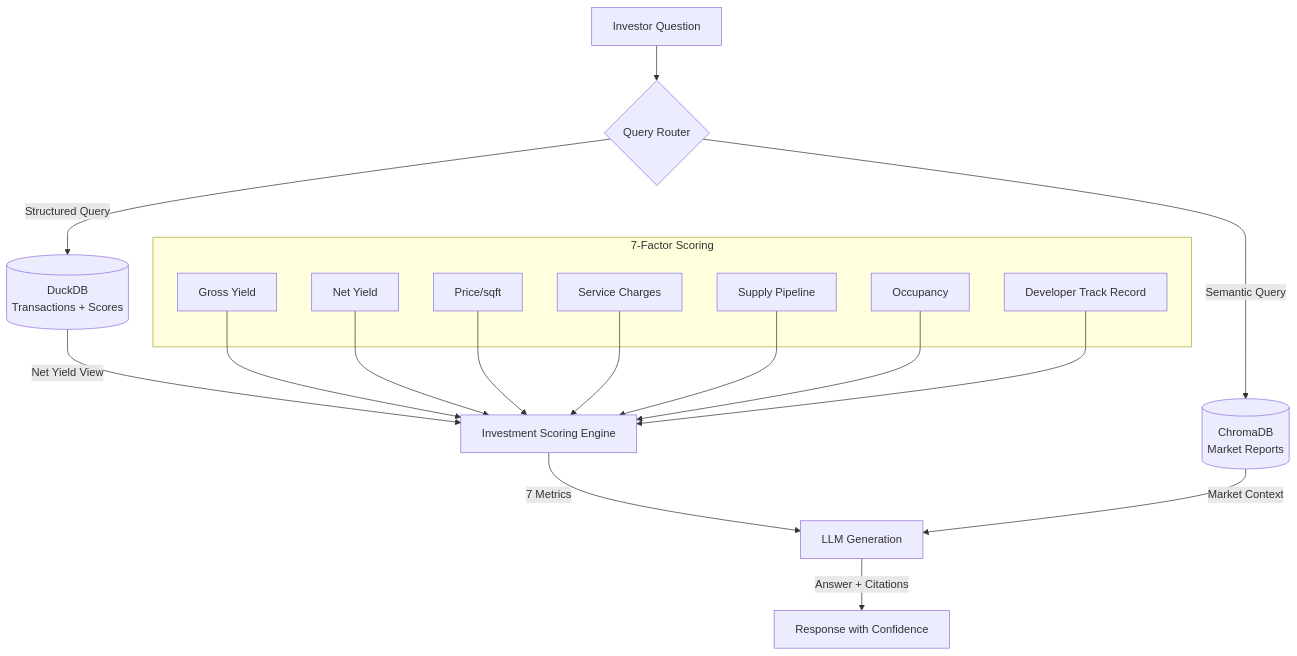
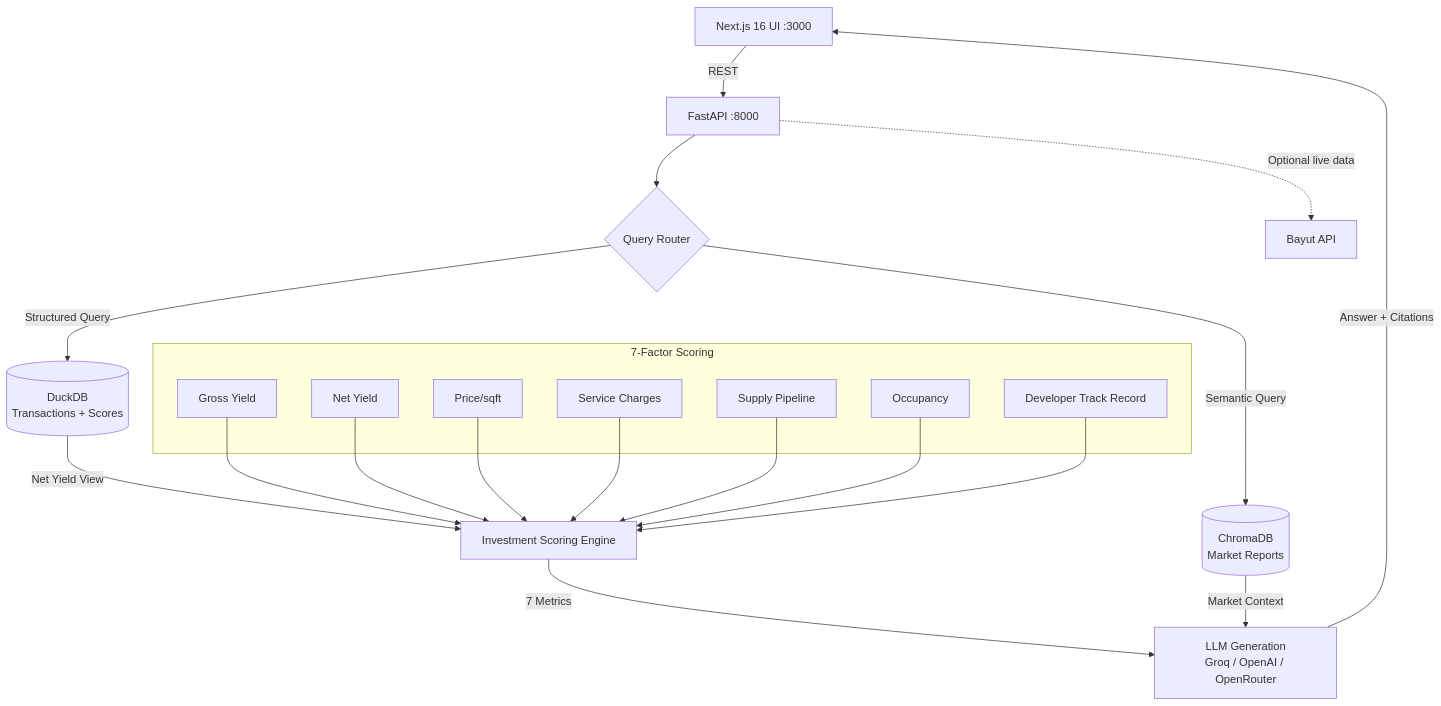
One commit to ahmedbasolan/dubai-property-bot changed the diagram in README.md. Above: the diagram before and after it, drawn with Mermaid. The commit also changed other lines of this file and 43 other files, not shown here.

````diff
--- a/README.md
+++ b/README.md
@@ -7,31 +9,33 @@
 ```mermaid
 graph TB
-    User[Investor Question] --> Router{Query Router}
-    
+    UI[Next.js 16 UI :3000] -->|REST| API[FastAPI :8000]
+    API --> Router{Query Router}
+
     Router -->|Structured Query| DuckDB[(DuckDB<br/>Transactions + Scores)]
     Router -->|Semantic Query| ChromaDB[(ChromaDB<br/>Market Reports)]
-    
+    API -.->|Optional live data| Bayut[Bayut API]
+
     DuckDB --> |Net Yield View| Scores[Investment Scoring Engine]
-    Scores --> |7 Metrics| LLM[LLM Generation]
+    Scores --> |7 Metrics| LLM[LLM Generation<br/>Groq / OpenAI / OpenRouter]
     ChromaDB --> |Market Context| LLM
-    
-    LLM --> |Answer + Citations| Response[Response with Confidence]
-    
+
+    LLM --> |Answer + Citations| UI
+
     subgraph "7-Factor Scoring"
         S1[Gross Yield]
         S2[Net Yield]
         S3[Price/sqft]
         S4[Service Charges]
         S5[Supply Pipeline]
         S6[Occupancy]
         S7[Developer Track Record]
     end
-    
+
     S1 --> Scores
     S2 --> Scores
     S3 --> Scores
     S4 --> Scores
     S5 --> Scores
     S6 --> Scores
     S7 --> Scores
 ```
````
